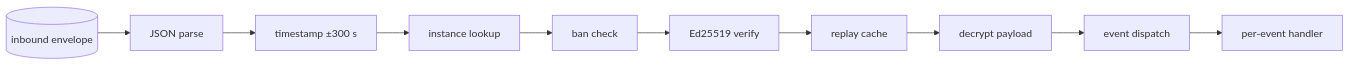
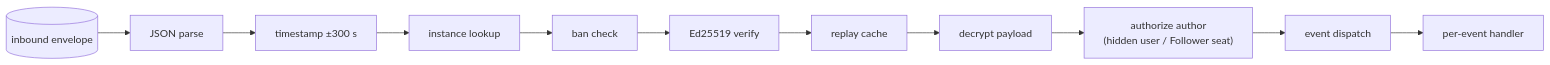
The second of 2 diagrams in docs/architecture.md (social-home-io/socialhome), drawn with Mermaid before and after one commit. The commit also changed other lines of this file and 53 other files, not shown here.

````diff
--- a/docs/architecture.md
+++ b/docs/architecture.md
@@ -255,13 +283,14 @@
 ```mermaid
 flowchart LR
     inbound[("inbound envelope")]
     inbound --> parse["JSON parse"]
     parse --> ts["timestamp ±300 s"]
     ts --> instance["instance lookup"]
     instance --> ban["ban check"]
     ban --> sig["Ed25519 verify"]
     sig --> replay["replay cache"]
     replay --> decrypt["decrypt payload"]
-    decrypt --> dispatch["event dispatch"]
+    decrypt --> authz["authorize author<br/>(hidden user / Follower seat)"]
+    authz --> dispatch["event dispatch"]
     dispatch --> handler["per-event handler"]
 ```
````
